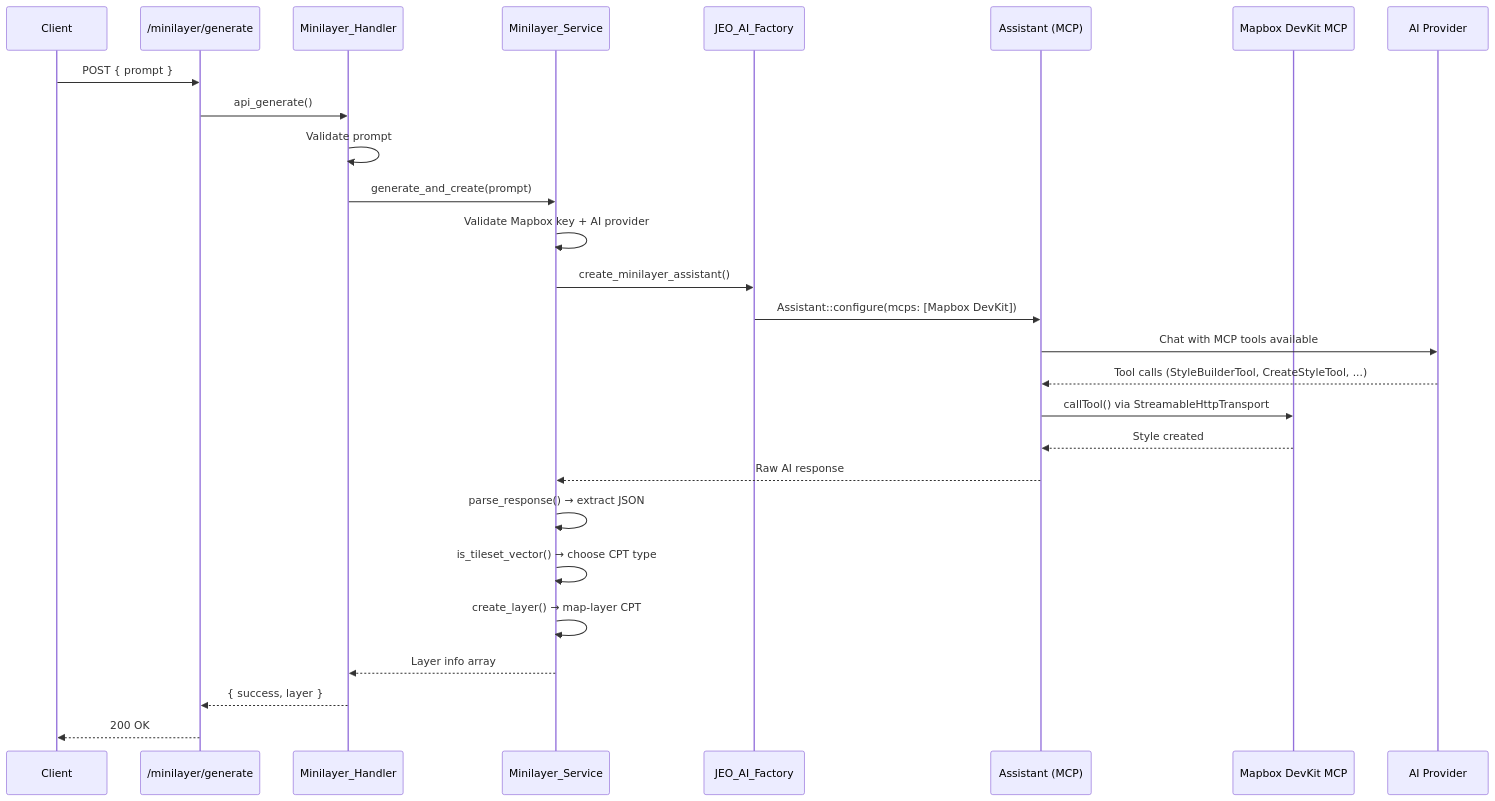
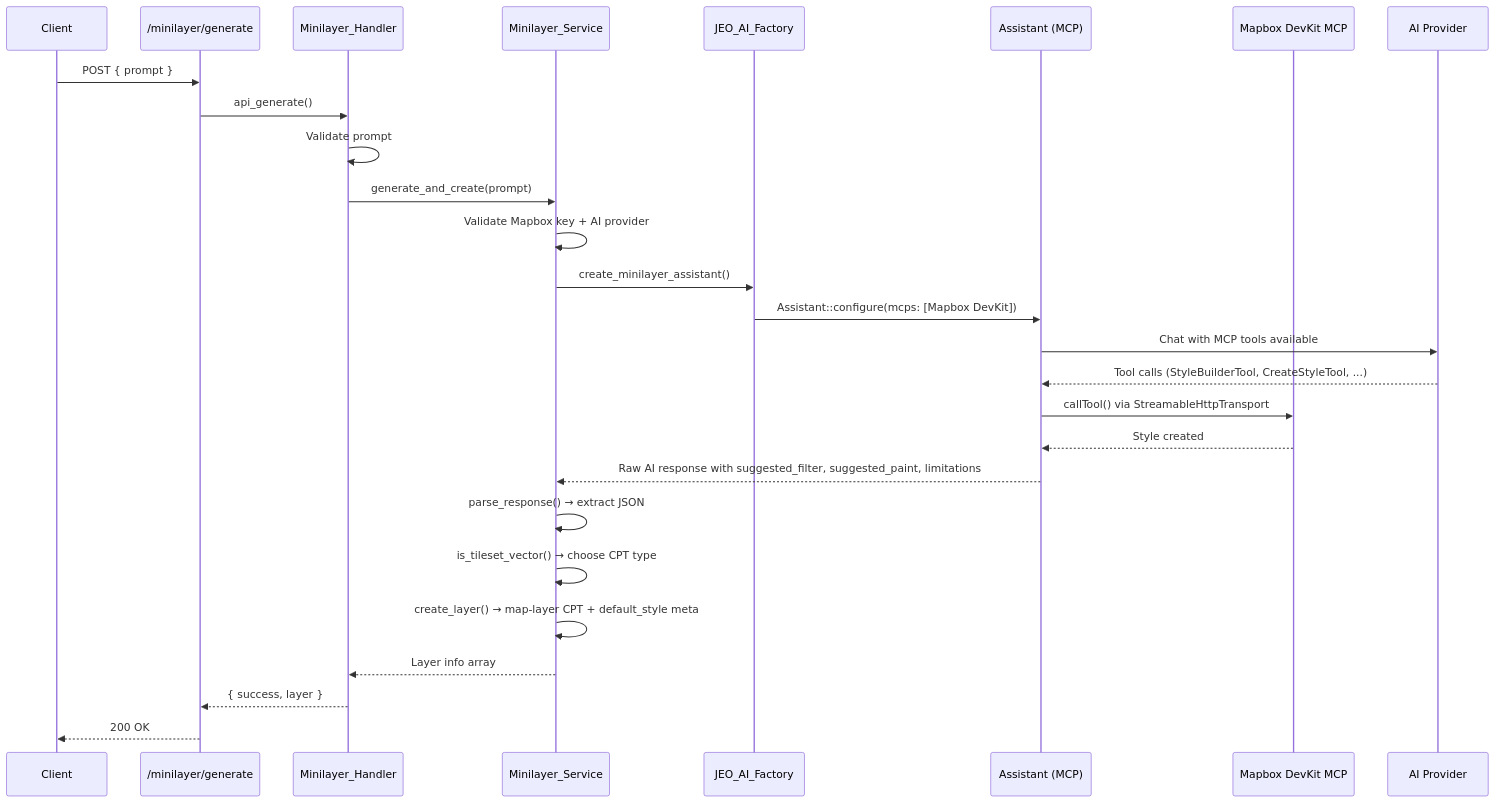
The diagram in .architecture/minilayer/README.md (InfoAmazonia/jeo-plugin), drawn with Mermaid before and after one commit. The commit also changed other lines of this file and 13 other files, not shown here.

````diff
--- a/.architecture/minilayer/README.md
+++ b/.architecture/minilayer/README.md
@@ -16,30 +19,30 @@
 ```mermaid
 sequenceDiagram
     participant Client
     participant REST as /minilayer/generate
     participant H as Minilayer_Handler
     participant S as Minilayer_Service
     participant F as JEO_AI_Factory
     participant A as Assistant (MCP)
     participant MCP as Mapbox DevKit MCP
     participant LLM as AI Provider
 
     Client->>REST: POST { prompt }
     REST->>H: api_generate()
     H->>H: Validate prompt
     H->>S: generate_and_create(prompt)
     S->>S: Validate Mapbox key + AI provider
     S->>F: create_minilayer_assistant()
     F->>A: Assistant::configure(mcps: [Mapbox DevKit])
     A->>LLM: Chat with MCP tools available
     LLM-->>A: Tool calls (StyleBuilderTool, CreateStyleTool, ...)
     A->>MCP: callTool() via StreamableHttpTransport
     MCP-->>A: Style created
-    A-->>S: Raw AI response
+    A-->>S: Raw AI response with suggested_filter, suggested_paint, limitations
     S->>S: parse_response() → extract JSON
     S->>S: is_tileset_vector() → choose CPT type
-    S->>S: create_layer() → map-layer CPT
+    S->>S: create_layer() → map-layer CPT + default_style meta
     S-->>H: Layer info array
     H-->>REST: { success, layer }
     REST-->>Client: 200 OK
 ```
````
